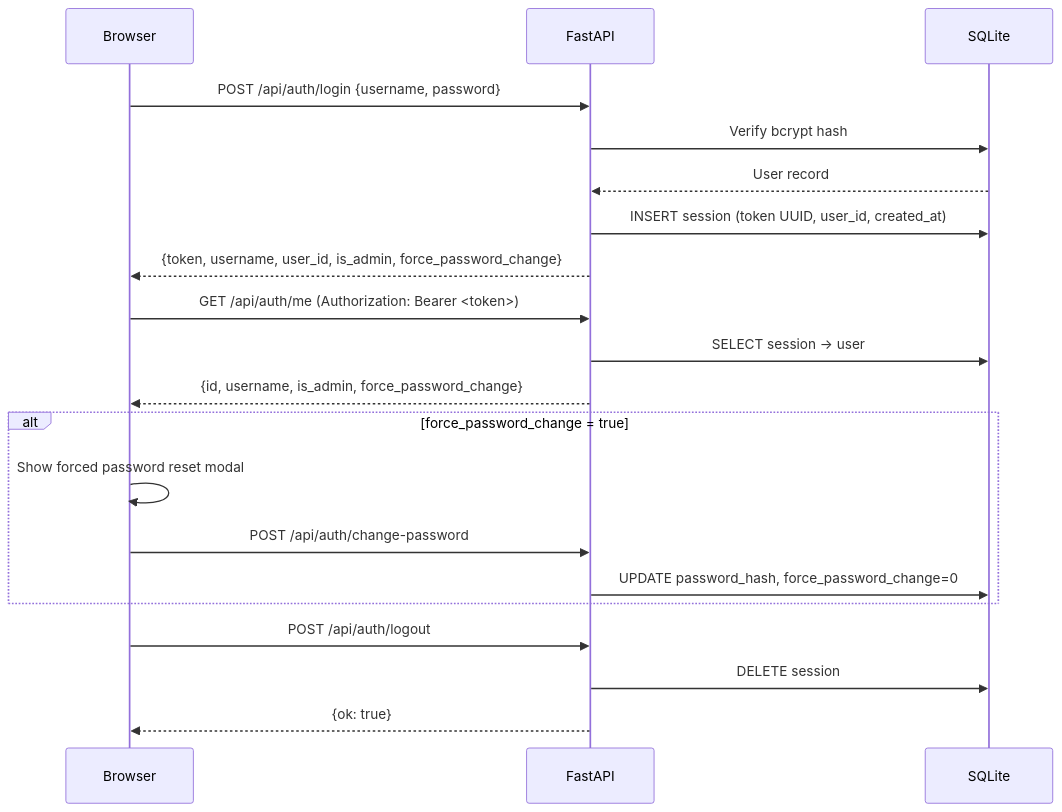
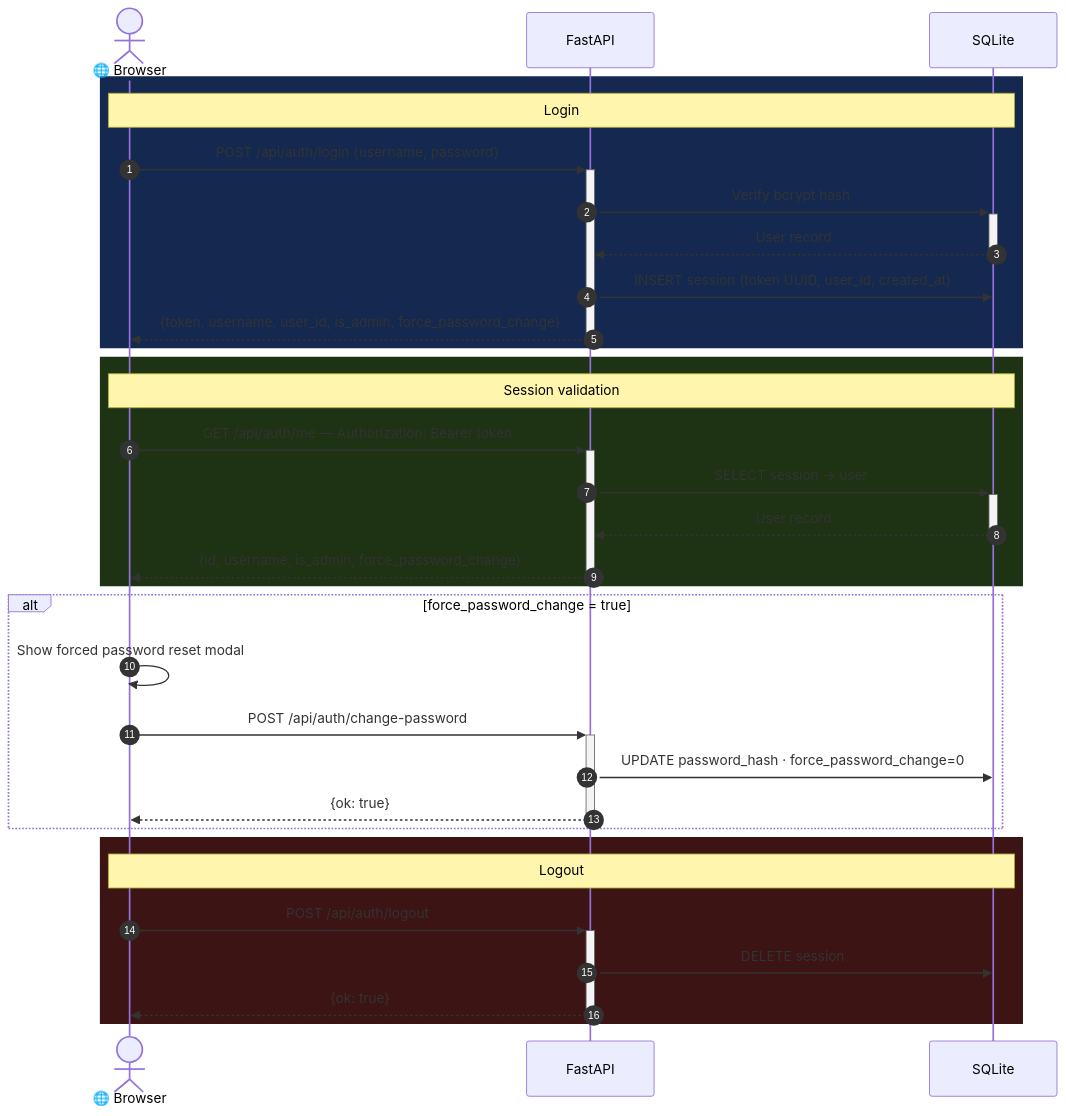
Before and after one commit to Pedr0Teixeira/oci-docgen: the sixth of 10 diagrams in README.md, drawn with Mermaid. The commit also changed other lines of this file, not shown here.

First line of the commit message:
docs: improve all Mermaid diagrams with consistent styling

````diff
--- a/README.md
+++ b/README.md
@@ -343,26 +390,38 @@
 ```mermaid
 sequenceDiagram
-  participant B as Browser
+  autonumber
+  actor B as 🌐 Browser
   participant A as FastAPI
   participant DB as SQLite
 
-  B->>A: POST /api/auth/login {username, password}
-  A->>DB: Verify bcrypt hash
-  DB-->>A: User record
-  A->>DB: INSERT session (token UUID, user_id, created_at)
-  A-->>B: {token, username, user_id, is_admin, force_password_change}
+  rect rgb(20, 40, 80)
+    Note over B,DB: Login
+    B->>+A: POST /api/auth/login {username, password}
+    A->>+DB: Verify bcrypt hash
+    DB-->>-A: User record
+    A->>DB: INSERT session (token UUID, user_id, created_at)
+    A-->>-B: {token, username, user_id, is_admin, force_password_change}
+  end
 
-  B->>A: GET /api/auth/me (Authorization: Bearer <token>)
-  A->>DB: SELECT session → user
-  A-->>B: {id, username, is_admin, force_password_change}
+  rect rgb(30, 50, 20)
+    Note over B,DB: Session validation
+    B->>+A: GET /api/auth/me — Authorization: Bearer token
+    A->>+DB: SELECT session → user
+    DB-->>-A: User record
+    A-->>-B: {id, username, is_admin, force_password_change}
+  end
 
   alt force_password_change = true
     B->>B: Show forced password reset modal
-    B->>A: POST /api/auth/change-password
-    A->>DB: UPDATE password_hash, force_password_change=0
+    B->>+A: POST /api/auth/change-password
+    A->>DB: UPDATE password_hash · force_password_change=0
+    A-->>-B: {ok: true}
   end
 
-  B->>A: POST /api/auth/logout
-  A->>DB: DELETE session
-  A-->>B: {ok: true}
+  rect rgb(60, 20, 20)
+    Note over B,DB: Logout
+    B->>+A: POST /api/auth/logout
+    A->>DB: DELETE session
+    A-->>-B: {ok: true}
+  end
 ```
````
